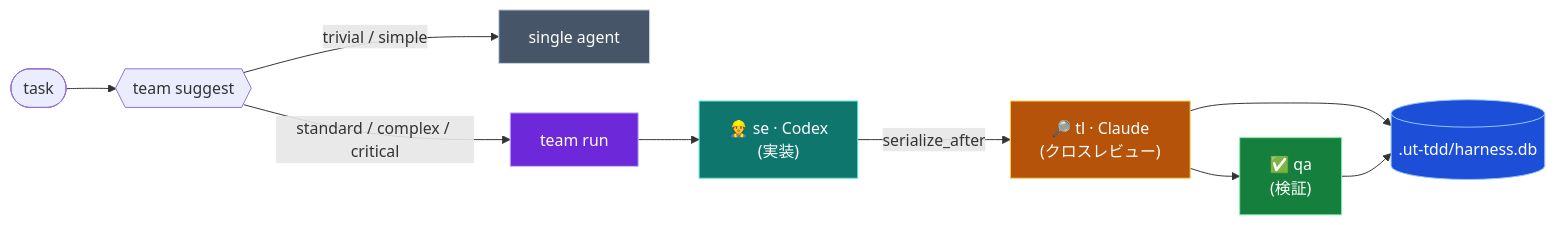
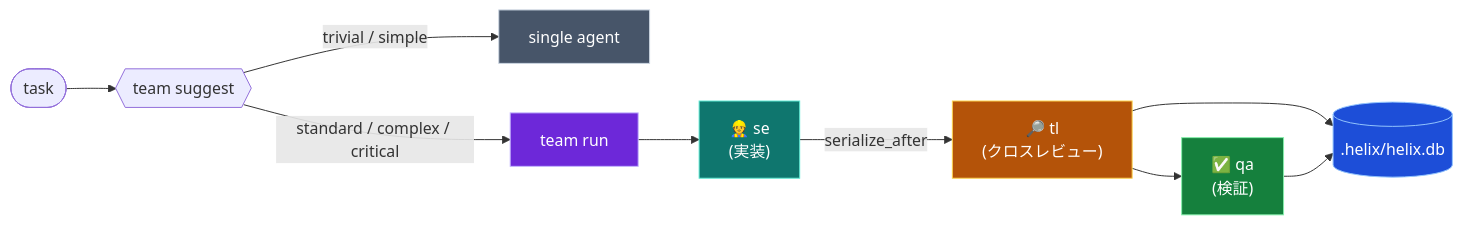
Before and after one commit to RetryYN/HELIX-HARNESS: the fourth of 4 diagrams in README.md, drawn with Mermaid. The commit also changed other lines of this file, not shown here.

First line of the commit message:
docs: rewrite README as HELIX-only

````diff
--- a/README.md
+++ b/README.md
@@ -200,18 +197,18 @@
 ```mermaid
 flowchart LR
     T([task]) --> S{{team suggest}}
     S -->|trivial / simple| Z["single agent"]:::single
     S -->|standard / complex / critical| R["team run"]:::run
-    R --> SE["👷 se · Codex<br/>(実装)"]:::codex
-    SE -->|serialize_after| TL["🔎 tl · Claude<br/>(クロスレビュー)"]:::claude
+    R --> SE["👷 se<br/>(実装)"]:::codex
+    SE -->|serialize_after| TL["🔎 tl<br/>(クロスレビュー)"]:::claude
     TL --> QA["✅ qa<br/>(検証)"]:::qa
-    TL --> DB[(".ut-tdd/harness.db")]:::db
+    TL --> DB[(".helix/helix.db")]:::db
     QA --> DB
 
     classDef single fill:#475569,stroke:#cbd5e1,color:#fff;
     classDef run fill:#6d28d9,stroke:#c4b5fd,color:#fff;
     classDef codex fill:#0f766e,stroke:#5eead4,color:#fff;
     classDef claude fill:#b45309,stroke:#fcd34d,color:#fff;
     classDef qa fill:#15803d,stroke:#86efac,color:#fff;
     classDef db fill:#1d4ed8,stroke:#93c5fd,color:#fff;
 ```
````
